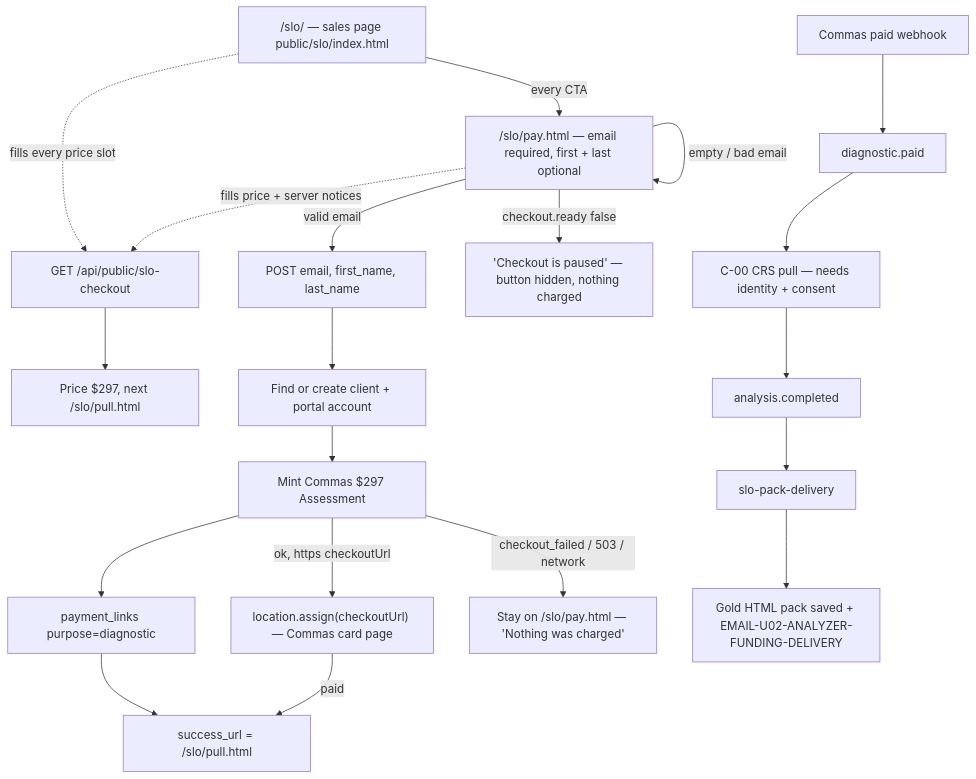
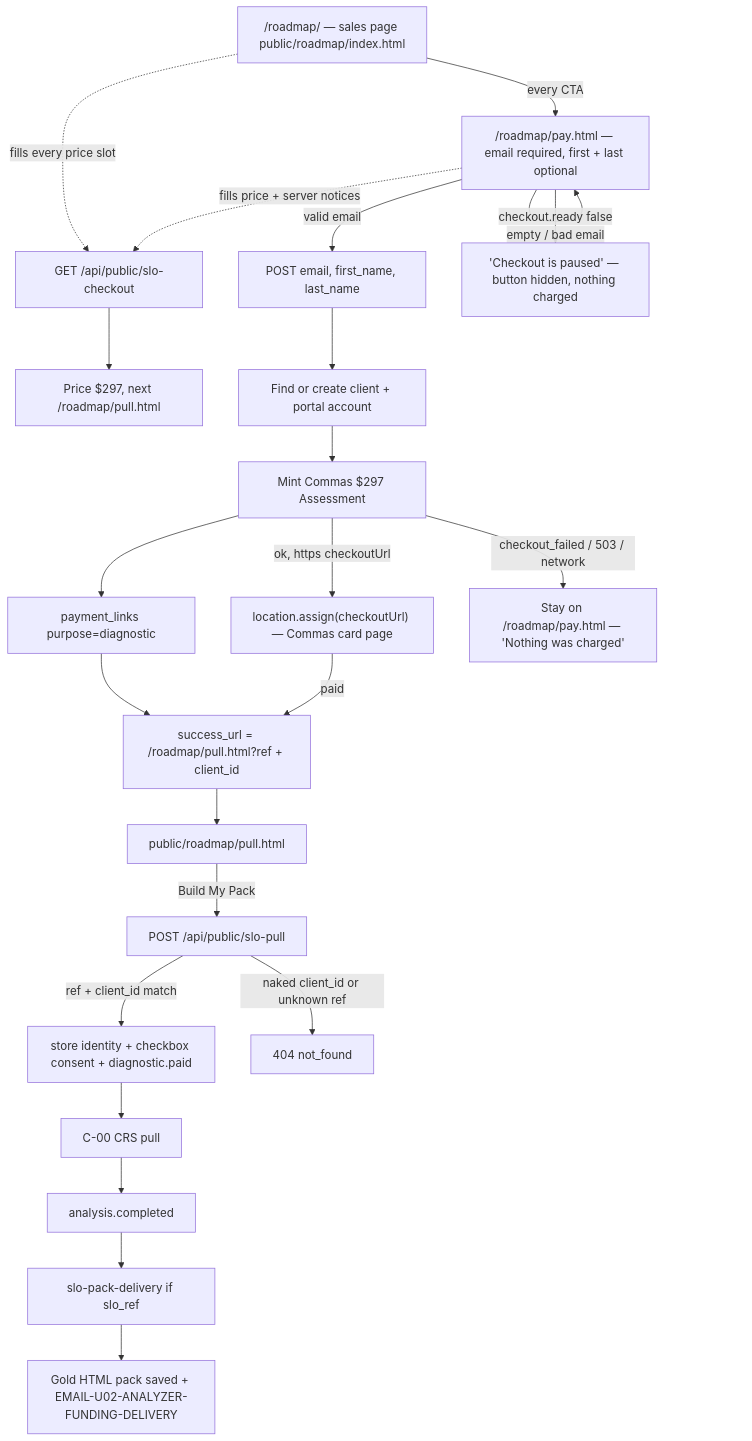
The diagram in docs/journeys/slo-offer-actual.md (ZootimusMaximusSupreme/Fundhub_ai), drawn with Mermaid before and after one commit. The commit also changed other lines of this file and 16 other files, not shown here.

First line of the commit message:
Put the $297 Capital Playbook on /roadmap, not /slo.

````diff
--- a/docs/journeys/slo-offer-actual.md
+++ b/docs/journeys/slo-offer-actual.md
@@ -7,22 +9,25 @@
 ```mermaid
 flowchart TD
-  S["/slo/ — sales page public/slo/index.html"] -->|every CTA| P["/slo/pay.html — email required, first + last optional"]
+  S["/roadmap/ — sales page public/roadmap/index.html"] -->|every CTA| P["/roadmap/pay.html — email required, first + last optional"]
   S -. fills every price slot .-> A
   P -. fills price + server notices .-> A
-  A["GET /api/public/slo-checkout"] --> B["Price $297, next /slo/pull.html"]
+  A["GET /api/public/slo-checkout"] --> B["Price $297, next /roadmap/pull.html"]
   P -->|"valid email"| C
   P -->|"empty / bad email"| P
   P -->|"checkout.ready false"| PAUSE["'Checkout is paused' — button hidden, nothing charged"]
   C["POST email, first_name, last_name"] --> D["Find or create client + portal account"]
   D --> E["Mint Commas $297 Assessment"]
   E --> F["payment_links purpose=diagnostic"]
-  F --> G["success_url = /slo/pull.html"]
+  F --> G["success_url = /roadmap/pull.html?ref + client_id"]
   E -->|"ok, https checkoutUrl"| CARD["location.assign(checkoutUrl) — Commas card page"]
-  E -->|"checkout_failed / 503 / network"| PFAIL["Stay on /slo/pay.html — 'Nothing was charged'"]
+  E -->|"checkout_failed / 503 / network"| PFAIL["Stay on /roadmap/pay.html — 'Nothing was charged'"]
   CARD -->|paid| G
-  H["Commas paid webhook"] --> I["diagnostic.paid"]
-  I --> J["C-00 CRS pull — needs identity + consent"]
-  J --> K["analysis.completed"]
-  K --> L["slo-pack-delivery"]
-  L --> M["Gold HTML pack saved + EMAIL-U02-ANALYZER-FUNDING-DELIVERY"]
+  G --> H["public/roadmap/pull.html"]
+  H -->|"Build My Pack"| I["POST /api/public/slo-pull"]
+  I -->|"ref + client_id match"| J["store identity + checkbox consent + diagnostic.paid"]
+  I -->|"naked client_id or unknown ref"| K["404 not_found"]
+  J --> L["C-00 CRS pull"]
+  L --> M["analysis.completed"]
+  M --> N["slo-pack-delivery if slo_ref"]
+  N --> O["Gold HTML pack saved + EMAIL-U02-ANALYZER-FUNDING-DELIVERY"]
 ```
````
